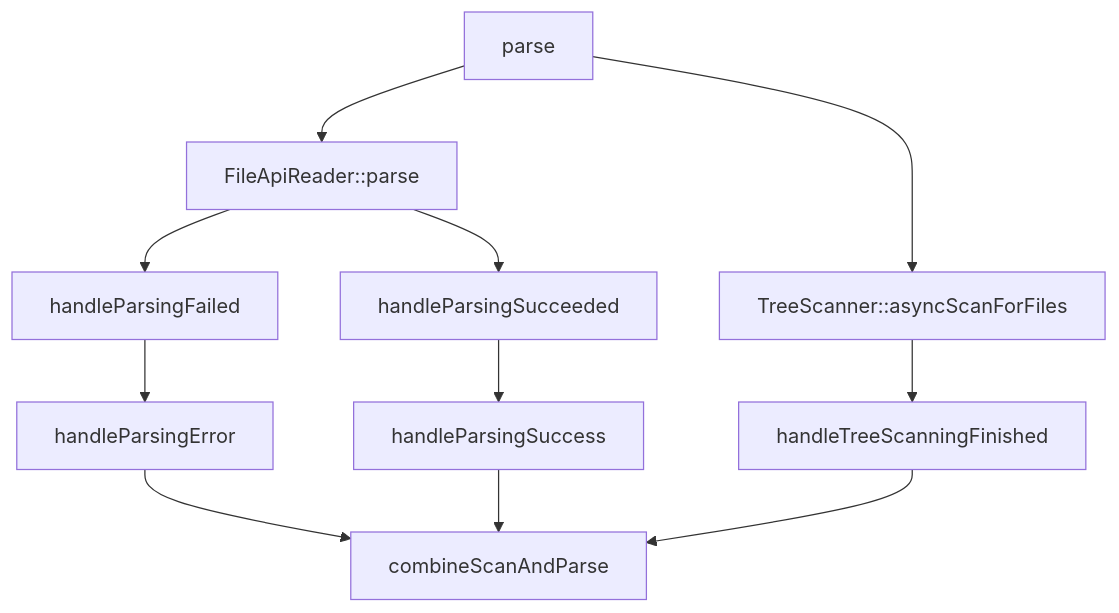
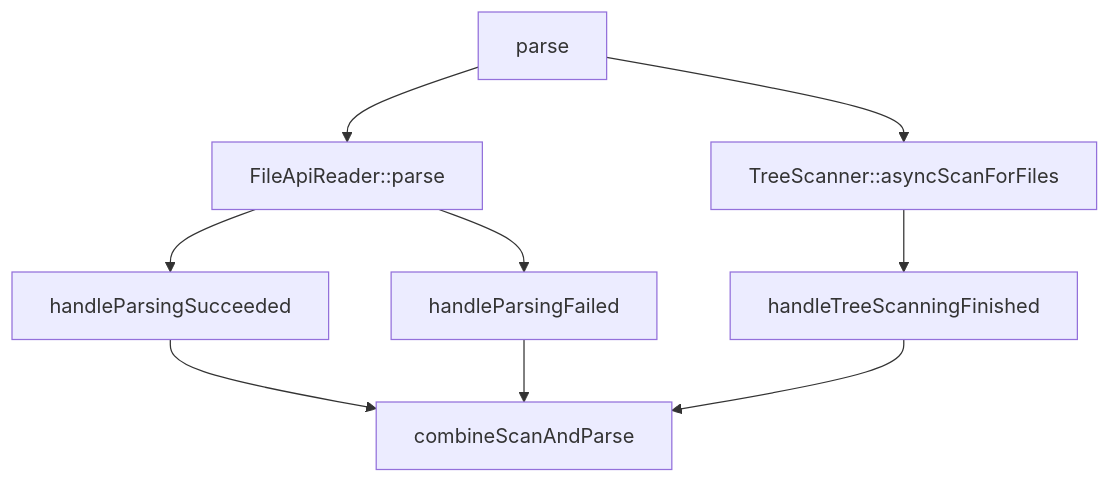
One commit to h4tr3d/cmakeprojectmanager2 changed the second of 4 diagrams in cmakebuildsystem.md. Above: the diagram before and after it, drawn with Mermaid. The commit also changed other lines of this file and 2 other files, not shown here.

Commit message:
CMake: Simplify CMake Build System states a bit
Merge handleParsingSucceeded and handleParsingSuccess as well as
handleParsingFailed and handleParsingError.

````diff
--- a/cmakebuildsystem.md
+++ b/cmakebuildsystem.md
@@ -42,15 +42,13 @@
 ```mermaid
 graph TD
     parse --> TreeScanner::asyncScanForFiles
 
     parse --> FileApiReader::parse
     FileApiReader::parse --> handleParsingSucceeded
-    handleParsingSucceeded --> handleParsingSuccess
+    handleParsingSucceeded --> combineScanAndParse
     FileApiReader::parse --> handleParsingFailed
-    handleParsingFailed --> handleParsingError
-    handleParsingError --> combineScanAndParse
-    handleParsingSuccess --> combineScanAndParse
+    handleParsingFailed --> combineScanAndParse
 
     TreeScanner::asyncScanForFiles --> handleTreeScanningFinished
     handleTreeScanningFinished --> combineScanAndParse
 ```
````
